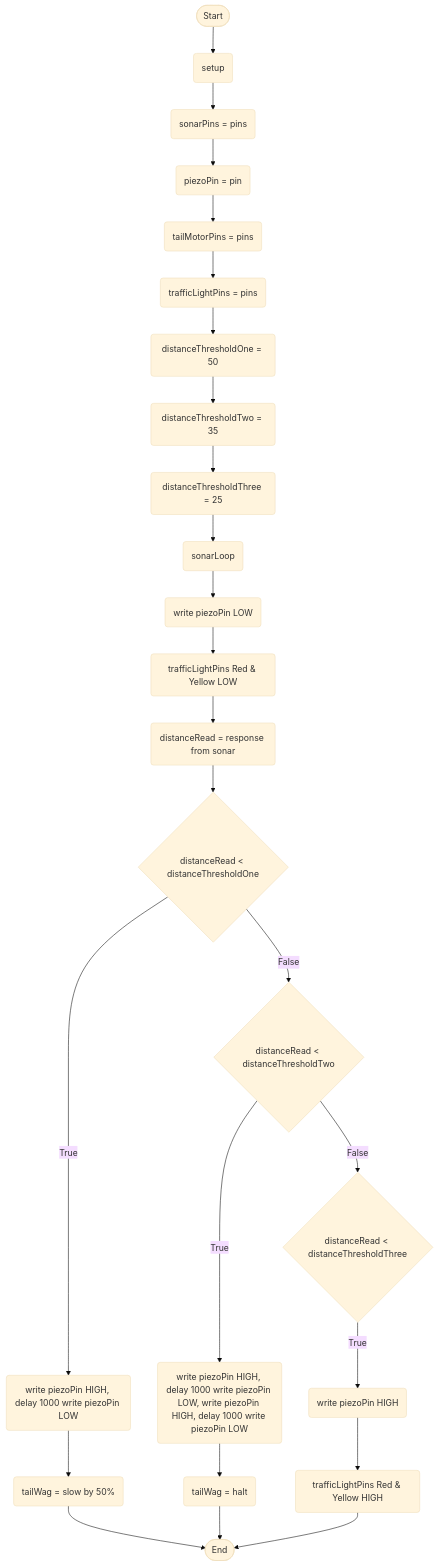
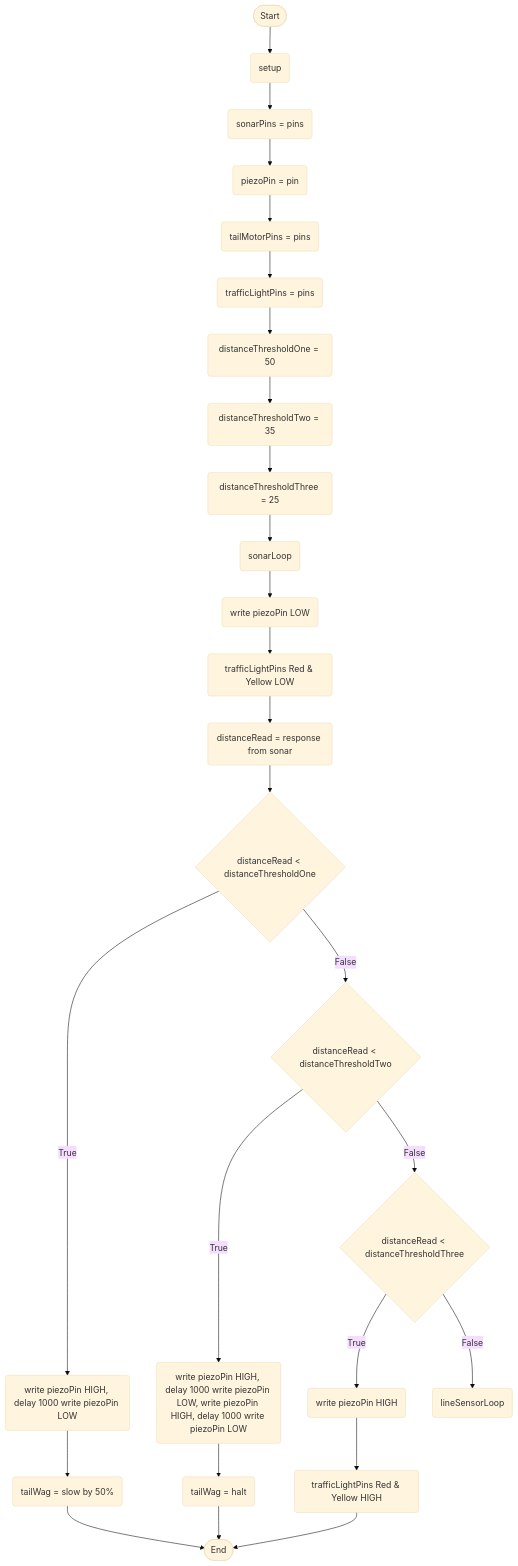
Before and after one commit to Deltace05/SmartDog: the diagram in logic.md, drawn with Mermaid (base theme).

````diff
--- a/logic.md
+++ b/logic.md
@@ -1,52 +1,54 @@
 ```mermaid
 flowchart TD
 terminalStart([Start])
 terminalEnd([End])
 setupStart(setup)
 setSonarRead(sonarPins = pins)
 setPiezoPin(piezoPin = pin)
 setTail(tailMotorPins = pins)
 setLight(trafficLightPins = pins)
 thresholdSetOne(distanceThresholdOne = 50)
 thresholdSetTwo(distanceThresholdTwo = 35)
 thresholdSetThree(distanceThresholdThree = 25)
 currentDistanceReading(distanceRead = response from sonar)
 ifDistanceLessThanThresholdOne{distanceRead < distanceThresholdOne}
 ifDistanceLessThanThresholdTwo{distanceRead < distanceThresholdTwo}
 ifDistanceLessThanThresholdThree{distanceRead < distanceThresholdThree}
 piezoOneBuzz(write piezoPin HIGH, delay 1000 write piezoPin LOW)
 piezoTwoBuzz(write piezoPin HIGH, delay 1000 write piezoPin LOW, write piezoPin HIGH, delay 1000 write piezoPin LOW)
 piezoConstant(write piezoPin HIGH)
 sonarLightAlarm(trafficLightPins Red & Yellow HIGH)
 sonarLightAlarmReset(trafficLightPins Red & Yellow LOW)
 piezoReset(write piezoPin LOW)
 tailSlow(tailWag = slow by 50%)
 tailStop(tailWag = halt)
 sonarStart(sonarLoop)
+lineSensorStart(lineSensorLoop)
 
 terminalStart --> setupStart
 setupStart --> setSonarRead
 setSonarRead --> setPiezoPin
 setPiezoPin --> setTail
 setTail --> setLight
 setLight --> thresholdSetOne
 thresholdSetOne --> thresholdSetTwo
 thresholdSetTwo --> thresholdSetThree
 thresholdSetThree --> sonarStart
 
 sonarStart --> piezoReset
 piezoReset --> sonarLightAlarmReset
 sonarLightAlarmReset --> currentDistanceReading
 currentDistanceReading --> ifDistanceLessThanThresholdOne
 ifDistanceLessThanThresholdOne --> |True| piezoOneBuzz
 piezoOneBuzz --> tailSlow
 tailSlow --> terminalEnd
 ifDistanceLessThanThresholdOne --> |False| ifDistanceLessThanThresholdTwo
 ifDistanceLessThanThresholdTwo --> |True| piezoTwoBuzz
 piezoTwoBuzz --> tailStop
 tailStop --> terminalEnd
 ifDistanceLessThanThresholdTwo --> |False| ifDistanceLessThanThresholdThree
 ifDistanceLessThanThresholdThree --> |True| piezoConstant
 piezoConstant --> sonarLightAlarm
 sonarLightAlarm --> terminalEnd
+ifDistanceLessThanThresholdThree --> |False| lineSensorStart
 ```
````
